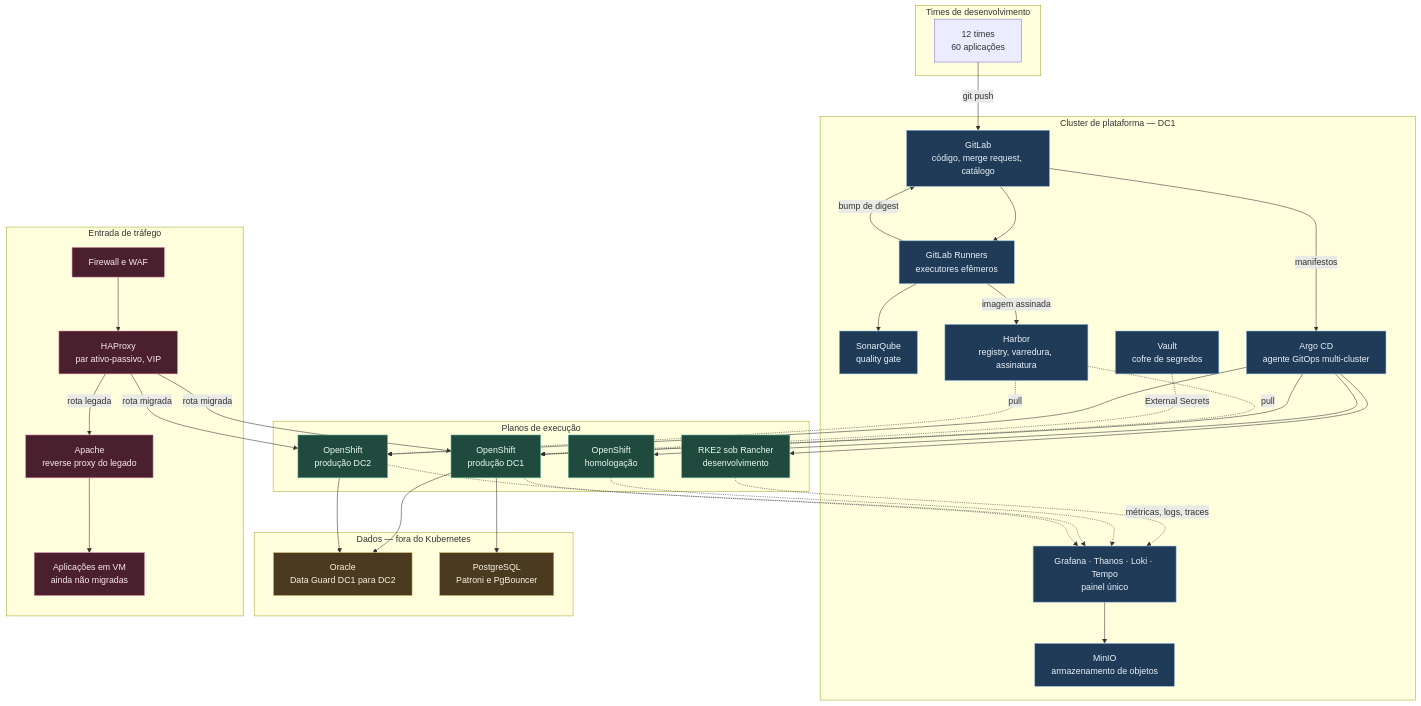
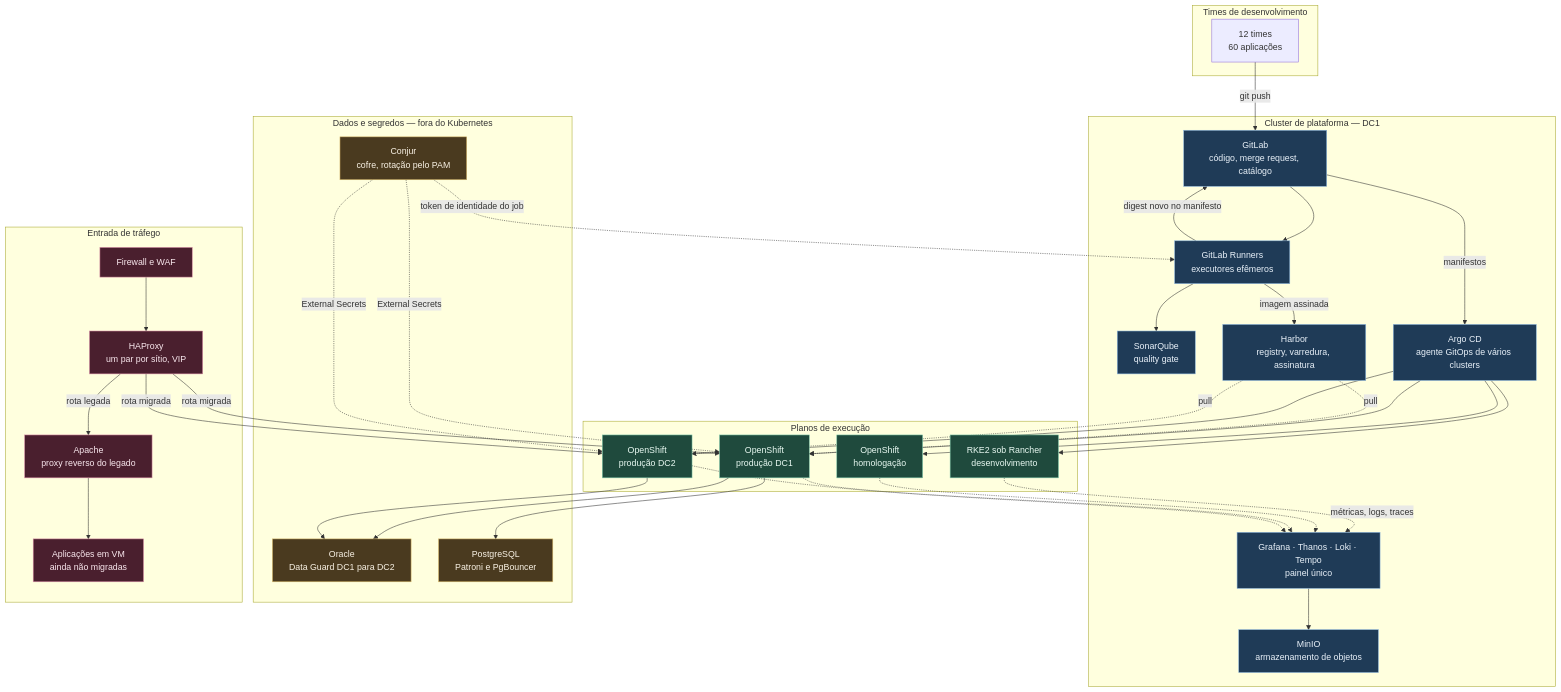
One commit to DiegoAmorimDev/plataforma-entrega-sefaz changed the first of 2 diagrams in docs/01-visao-geral.md. Above: the diagram before and after it, drawn with Mermaid. The commit also changed other lines of this file and 10 other files, not shown here.

First line of the commit message:
Revisa os oito documentos e acrescenta o aprofundamento de GitOps

````diff
--- a/docs/01-visao-geral.md
+++ b/docs/01-visao-geral.md
@@ -19,77 +20,79 @@
 ```mermaid
 flowchart TB
     subgraph DEV["Times de desenvolvimento"]
         D1["12 times<br/>60 aplicações"]
     end
 
     subgraph PLAT["Cluster de plataforma — DC1"]
         GL["GitLab<br/>código, merge request, catálogo"]
         RUN["GitLab Runners<br/>executores efêmeros"]
         SQ["SonarQube<br/>quality gate"]
         HB["Harbor<br/>registry, varredura, assinatura"]
-        ARGO["Argo CD<br/>agente GitOps multi-cluster"]
-        VAULT["Vault<br/>cofre de segredos"]
+        ARGO["Argo CD<br/>agente GitOps de vários clusters"]
         OBS["Grafana · Thanos · Loki · Tempo<br/>painel único"]
         MINIO["MinIO<br/>armazenamento de objetos"]
     end
 
     subgraph EXEC["Planos de execução"]
         KDEV["RKE2 sob Rancher<br/>desenvolvimento"]
         KHML["OpenShift<br/>homologação"]
         KPRD1["OpenShift<br/>produção DC1"]
         KPRD2["OpenShift<br/>produção DC2"]
     end
 
-    subgraph DADOS["Dados — fora do Kubernetes"]
+    subgraph DADOS["Dados e segredos — fora do Kubernetes"]
         ORA["Oracle<br/>Data Guard DC1 para DC2"]
         PG["PostgreSQL<br/>Patroni e PgBouncer"]
+        CONJ["Conjur<br/>cofre, rotação pelo PAM"]
     end
 
     subgraph BORDA["Entrada de tráfego"]
         FW["Firewall e WAF"]
-        HAP["HAProxy<br/>par ativo-passivo, VIP"]
-        APA["Apache<br/>reverse proxy do legado"]
+        HAP["HAProxy<br/>um par por sítio, VIP"]
+        APA["Apache<br/>proxy reverso do legado"]
         LEG["Aplicações em VM<br/>ainda não migradas"]
     end
 
     D1 -->|git push| GL
     GL --> RUN
     RUN --> SQ
     RUN -->|imagem assinada| HB
-    RUN -->|bump de digest| GL
+    RUN -->|digest novo no manifesto| GL
 
     GL -->|manifestos| ARGO
     ARGO --> KDEV
     ARGO --> KHML
     ARGO --> KPRD1
     ARGO --> KPRD2
 
     HB -.->|pull| KPRD1
     HB -.->|pull| KPRD2
-    VAULT -.->|External Secrets| KPRD1
+    CONJ -.->|External Secrets| KPRD1
+    CONJ -.->|External Secrets| KPRD2
+    CONJ -.->|token de identidade do job| RUN
 
     KPRD1 --> ORA
     KPRD1 --> PG
     KPRD2 --> ORA
 
     KDEV -.->|métricas, logs, traces| OBS
     KHML -.-> OBS
     KPRD1 -.-> OBS
     KPRD2 -.-> OBS
     OBS --> MINIO
 
     FW --> HAP
     HAP -->|rota migrada| KPRD1
     HAP -->|rota migrada| KPRD2
     HAP -->|rota legada| APA
     APA --> LEG
 
     classDef plat fill:#1f3b57,stroke:#8fb8de,color:#eaf2fa
     classDef exec fill:#1f4a3d,stroke:#7fc8ab,color:#eafaf3
     classDef dados fill:#4a3a1f,stroke:#d8b86a,color:#faf3e6
     classDef borda fill:#4a1f2e,stroke:#d98fa6,color:#fae9ef
-    class GL,RUN,SQ,HB,ARGO,VAULT,OBS,MINIO plat
+    class GL,RUN,SQ,HB,ARGO,OBS,MINIO plat
     class KDEV,KHML,KPRD1,KPRD2 exec
-    class ORA,PG dados
+    class ORA,PG,CONJ dados
     class FW,HAP,APA,LEG borda
 ```
````
